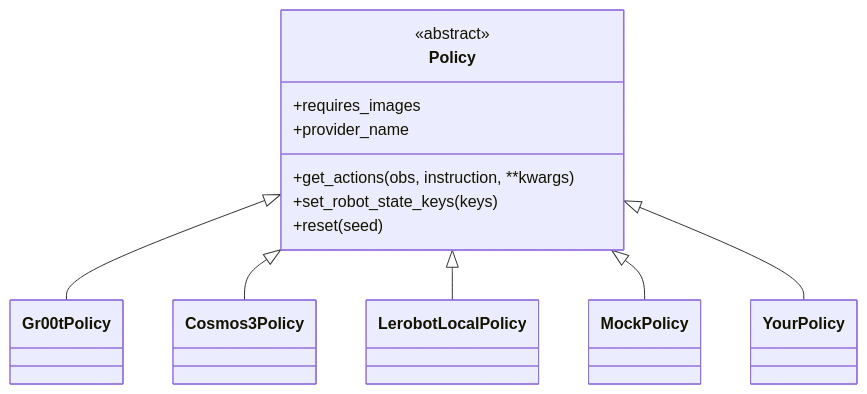
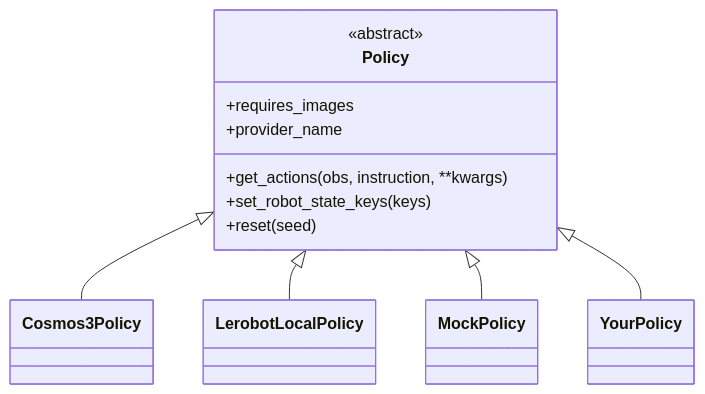
One commit to cagataycali/robots changed the second of 2 diagrams in README.md. Above: the diagram before and after it, drawn with Mermaid. The commit also changed other lines of this file and 269 other files, not shown here.

````diff
--- a/README.md
+++ b/README.md
@@ -610,21 +545,19 @@
 ```mermaid
 classDiagram
     class Policy {
         <<abstract>>
         +get_actions(obs, instruction, **kwargs)
         +set_robot_state_keys(keys)
         +requires_images
         +reset(seed)
         +provider_name
     }
-    class Gr00tPolicy
     class Cosmos3Policy
     class LerobotLocalPolicy
     class MockPolicy
     class YourPolicy
-    Policy <|-- Gr00tPolicy
     Policy <|-- Cosmos3Policy
     Policy <|-- LerobotLocalPolicy
     Policy <|-- MockPolicy
     Policy <|-- YourPolicy
 ```
````
